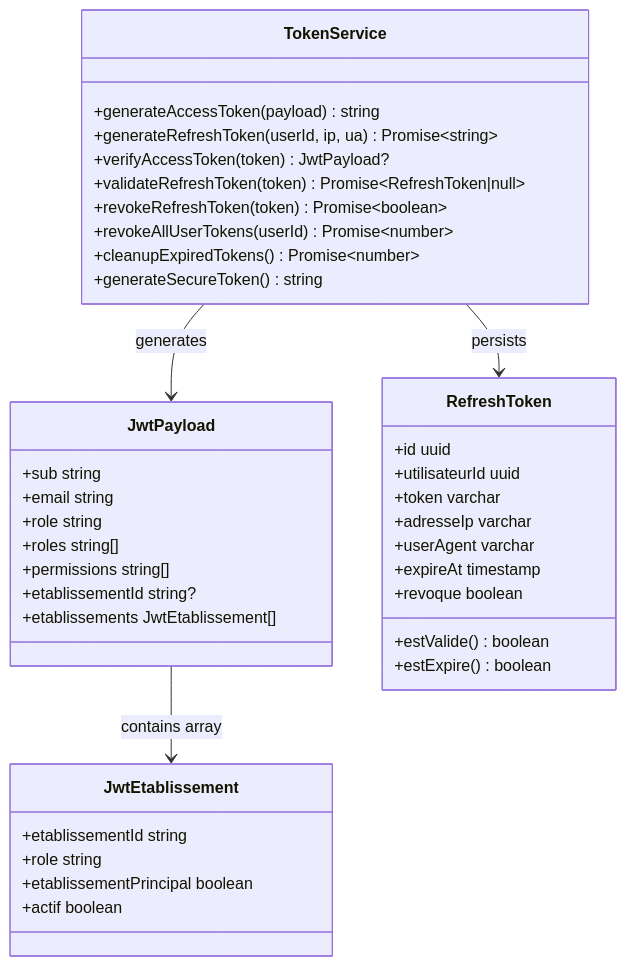
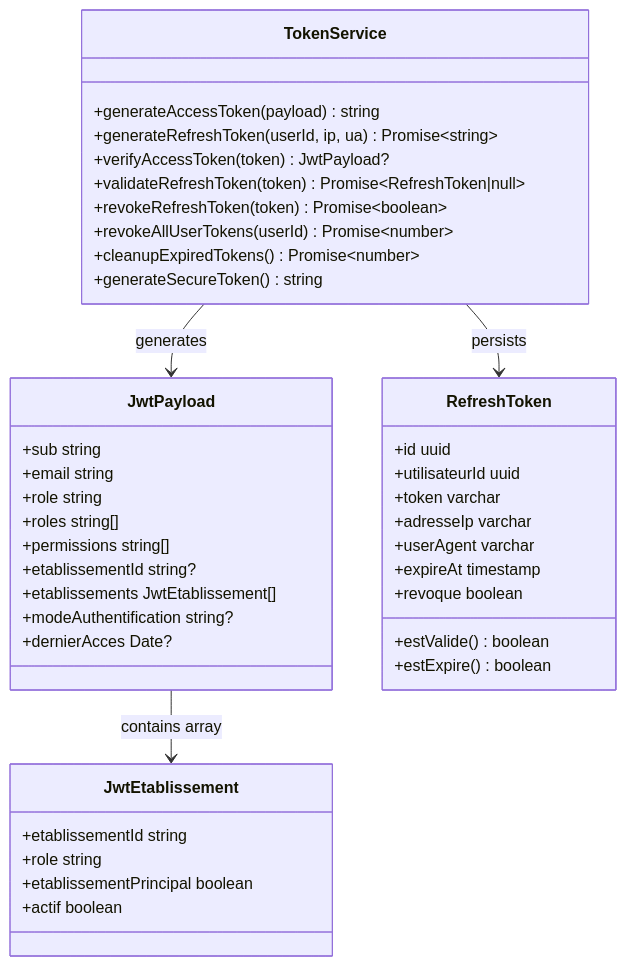
One commit to franckylab/eLISAschool changed the eighth of 11 diagrams in .qoder/repowiki/en/content/Authentication & Authorization/Authentication Flow.md. Above: the diagram before and after it, drawn with Mermaid. The commit also changed other lines of this file and 151 other files, not shown here.

````diff
--- a/.qoder/repowiki/en/content/Authentication & Authorization/Authentication Flow.md
+++ b/.qoder/repowiki/en/content/Authentication & Authorization/Authentication Flow.md
@@ -371,42 +657,44 @@
 ```mermaid
 classDiagram
 class TokenService {
 +generateAccessToken(payload) string
 +generateRefreshToken(userId, ip, ua) Promise~string~
 +verifyAccessToken(token) JwtPayload?
 +validateRefreshToken(token) Promise~RefreshToken|null~
 +revokeRefreshToken(token) Promise~boolean~
 +revokeAllUserTokens(userId) Promise~number~
 +cleanupExpiredTokens() Promise~number~
 +generateSecureToken() string
 }
 class JwtPayload {
 +sub string
 +email string
 +role string
 +roles string[]
 +permissions string[]
 +etablissementId string?
 +etablissements JwtEtablissement[]
++modeAuthentification string?
++dernierAcces Date?
 }
 class JwtEtablissement {
 +etablissementId string
 +role string
 +etablissementPrincipal boolean
 +actif boolean
 }
 class RefreshToken {
 +id uuid
 +utilisateurId uuid
 +token varchar
 +adresseIp varchar
 +userAgent varchar
 +expireAt timestamp
 +revoque boolean
 +estValide() boolean
 +estExpire() boolean
 }
 TokenService --> JwtPayload : generates
 JwtPayload --> JwtEtablissement : contains array
 TokenService --> RefreshToken : persists
 ```
````
